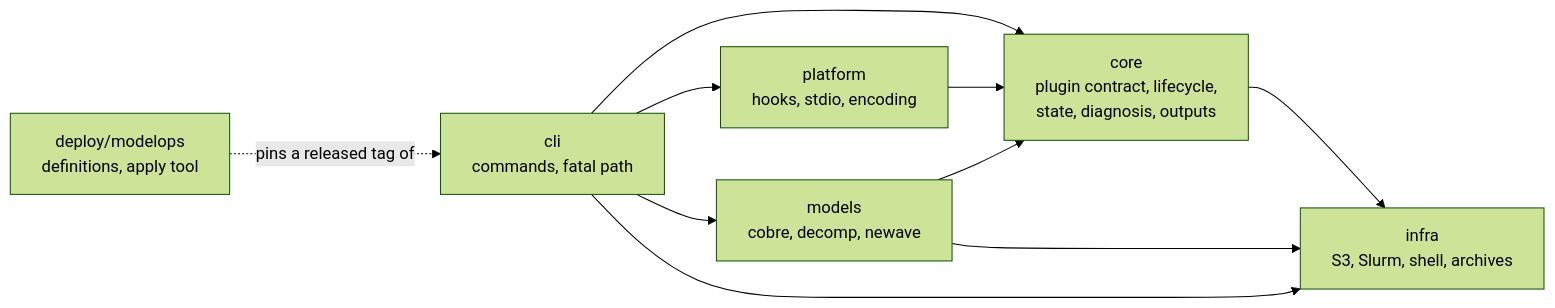
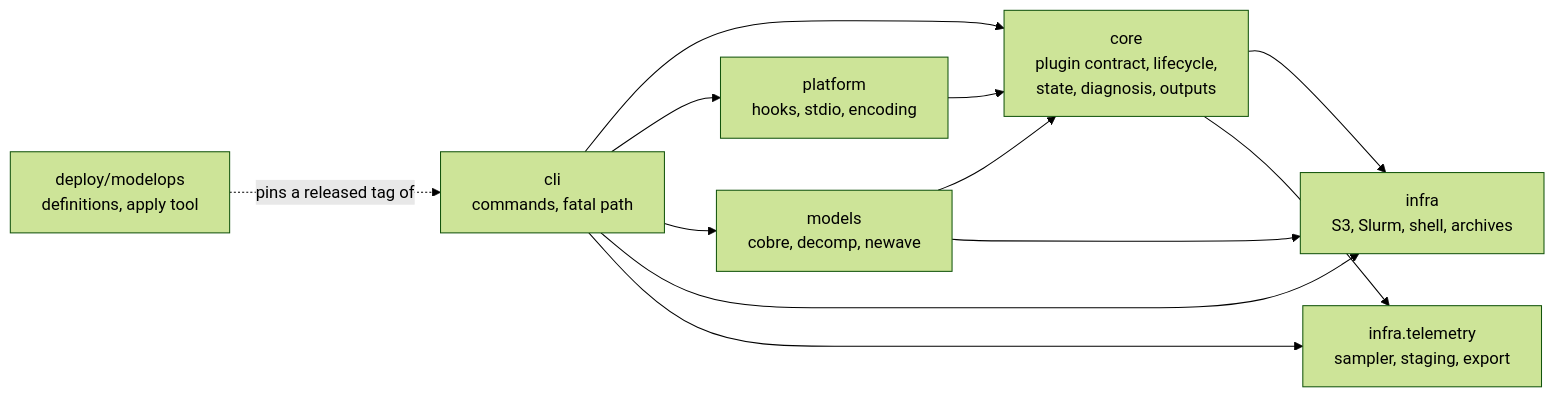
The first of 2 diagrams in docs/architecture.md (renanmaciel-84/hpc-model-utils), drawn with Mermaid (forest theme) before and after one commit. The commit also changed other lines of this file and 21 other files, not shown here.

````diff
--- a/docs/architecture.md
+++ b/docs/architecture.md
@@ -20,19 +20,22 @@
 ```mermaid
 flowchart LR
     cli["cli<br/>commands, fatal path"]
     models["models<br/>cobre, decomp, newave"]
     platform["platform<br/>hooks, stdio, encoding"]
     core["core<br/>plugin contract, lifecycle,<br/>state, diagnosis, outputs"]
     infra["infra<br/>S3, Slurm, shell, archives"]
+    telemetry["infra.telemetry<br/>sampler, staging, export"]
     deploy["deploy/modelops<br/>definitions, apply tool"]
 
     cli --> core
     cli --> platform
     cli --> models
     cli --> infra
+    cli --> telemetry
     platform --> core
     models --> core
     models --> infra
     core --> infra
+    core --> telemetry
     deploy -. "pins a released tag of" .-> cli
 ```
````
